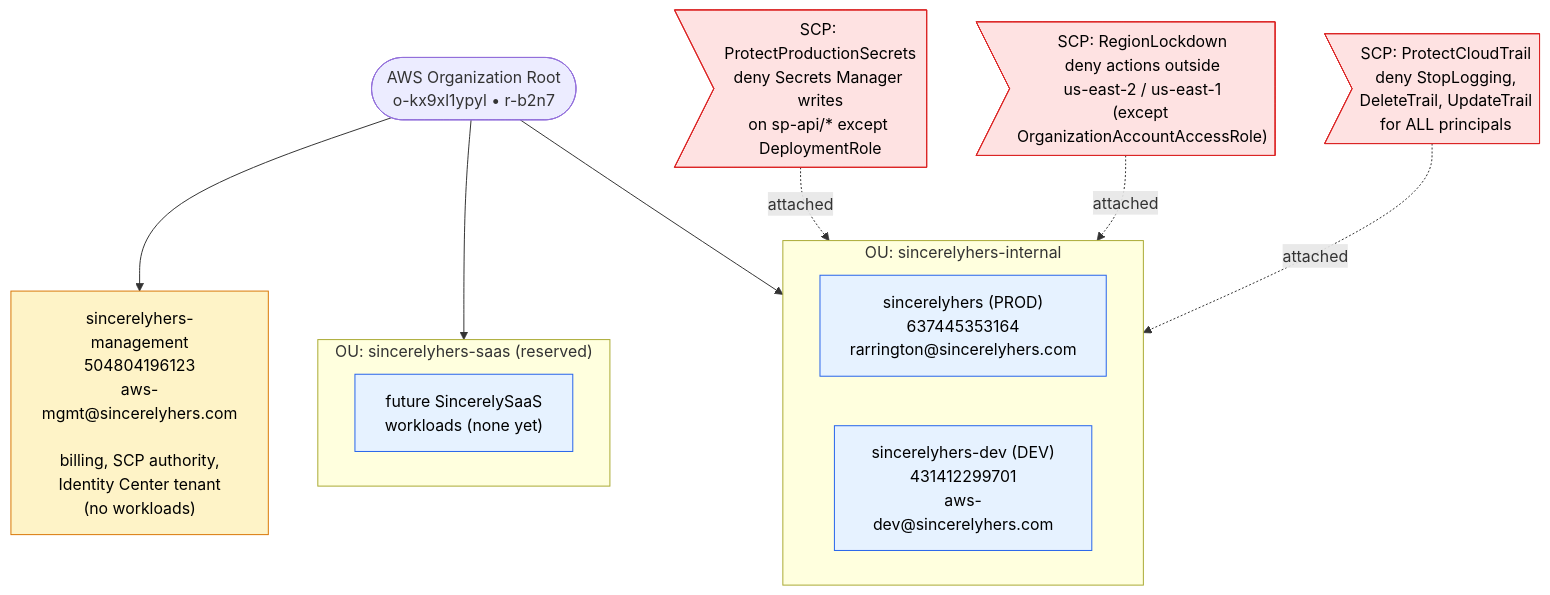
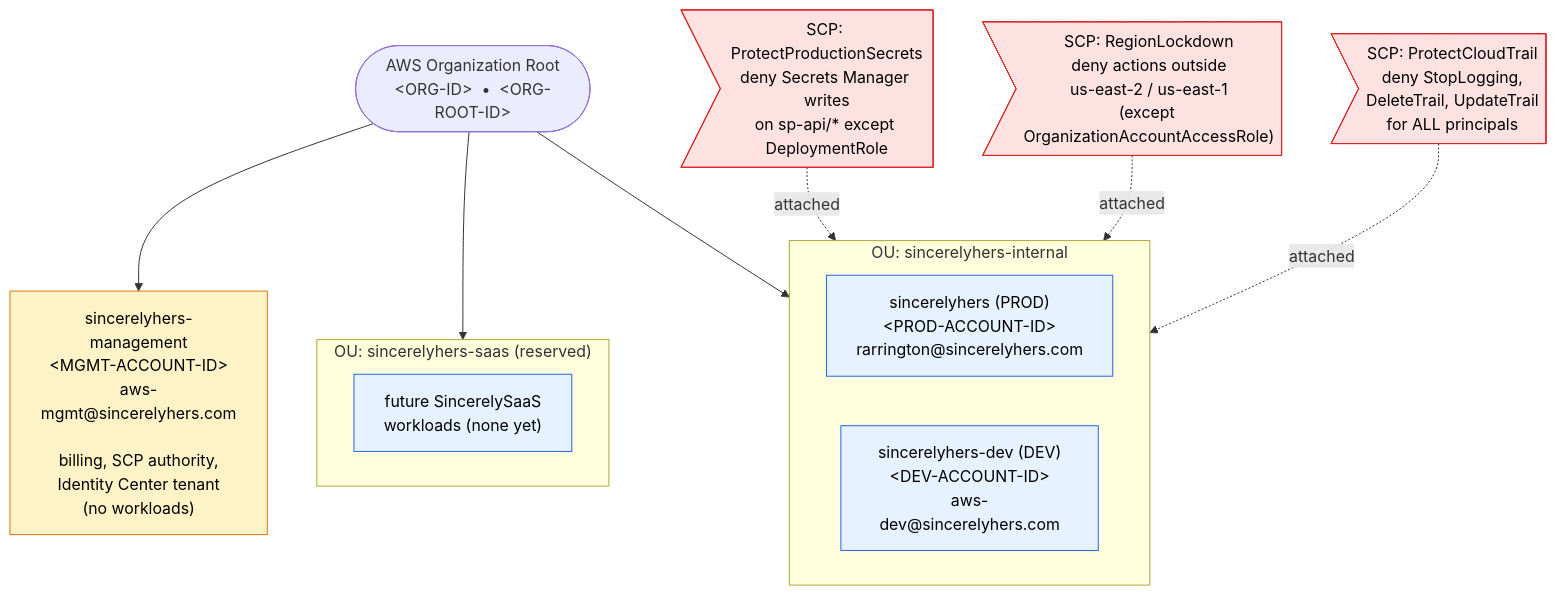
One commit to BravoAlpha59/cloud-monorepo changed the first of 2 diagrams in docs/architecture/01-organizations.md. Above: the diagram before and after it, drawn with Mermaid. The commit also changed other lines of this file and 23 other files, not shown here.

````diff
--- a/docs/architecture/01-organizations.md
+++ b/docs/architecture/01-organizations.md
@@ -14,36 +14,36 @@
 ```mermaid
 flowchart TD
-    Root(["AWS Organization Root<br/>o-kx9xl1ypyl  •  r-b2n7"])
+    Root(["AWS Organization Root<br/>&lt;ORG-ID&gt;  •  &lt;ORG-ROOT-ID&gt;"])
 
-    Mgmt["sincerelyhers-management<br/>504804196123<br/>aws-mgmt@sincerelyhers.com<br/><br/>billing, SCP authority,<br/>Identity Center tenant<br/>(no workloads)"]
+    Mgmt["sincerelyhers-management<br/>&lt;MGMT-ACCOUNT-ID&gt;<br/>aws-mgmt@sincerelyhers.com<br/><br/>billing, SCP authority,<br/>Identity Center tenant<br/>(no workloads)"]
 
     subgraph InternalOU["OU: sincerelyhers-internal"]
       direction LR
-      Prod["sincerelyhers (PROD)<br/>637445353164<br/>rarrington@sincerelyhers.com"]
-      Dev["sincerelyhers-dev (DEV)<br/>431412299701<br/>aws-dev@sincerelyhers.com"]
+      Prod["sincerelyhers (PROD)<br/>&lt;PROD-ACCOUNT-ID&gt;<br/>rarrington@sincerelyhers.com"]
+      Dev["sincerelyhers-dev (DEV)<br/>&lt;DEV-ACCOUNT-ID&gt;<br/>aws-dev@sincerelyhers.com"]
     end
 
     subgraph SaasOU["OU: sincerelyhers-saas (reserved)"]
       Future["future SincerelySaaS<br/>workloads (none yet)"]
     end
 
     Root --> Mgmt
     Root --> InternalOU
     Root --> SaasOU
 
     %% SCP attachments
     SCPRegion>"SCP: RegionLockdown<br/>deny actions outside<br/>us-east-2 / us-east-1<br/>(except OrganizationAccountAccessRole)"]
     SCPCT>"SCP: ProtectCloudTrail<br/>deny StopLogging,<br/>DeleteTrail, UpdateTrail<br/>for ALL principals"]
     SCPSec>"SCP: ProtectProductionSecrets<br/>deny Secrets Manager writes<br/>on sp-api/* except DeploymentRole"]
 
     SCPRegion -.attached.-> InternalOU
     SCPCT -.attached.-> InternalOU
     SCPSec -.attached.-> Prod
 
     classDef account fill:#e6f2ff,stroke:#2563eb,color:#000
     classDef mgmt fill:#fef3c7,stroke:#d97706,color:#000
     classDef scp fill:#fee2e2,stroke:#dc2626,color:#000
     class Prod,Dev,Future account
     class Mgmt mgmt
     class SCPRegion,SCPCT,SCPSec scp
 ```
````
